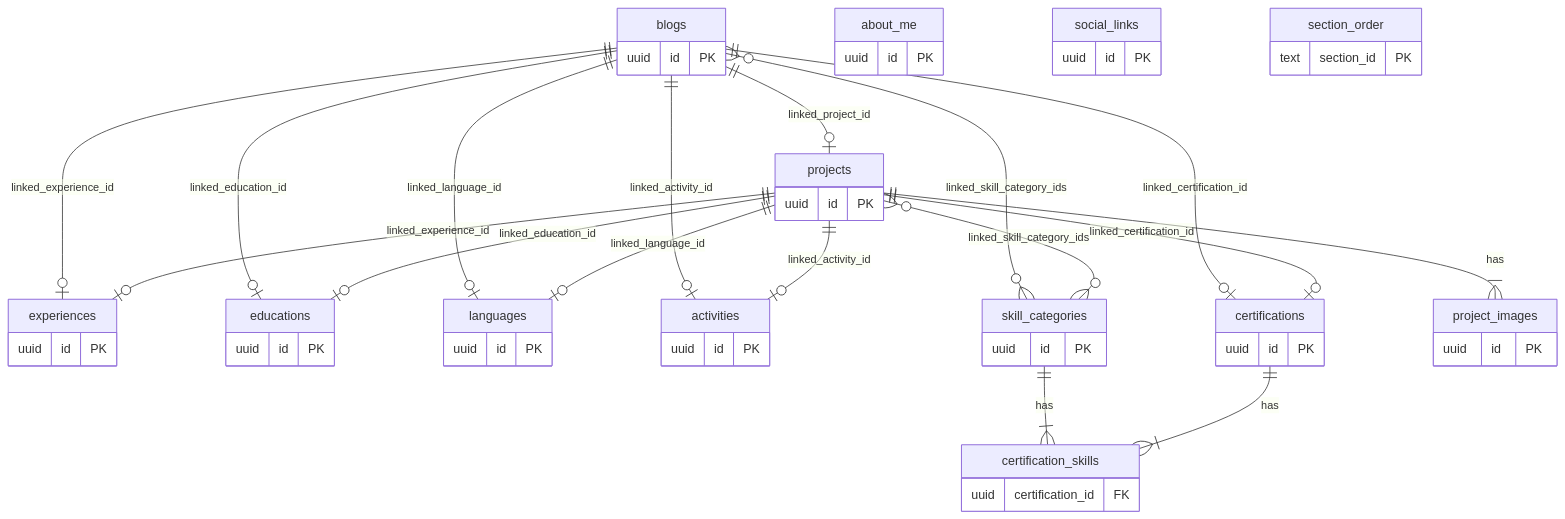
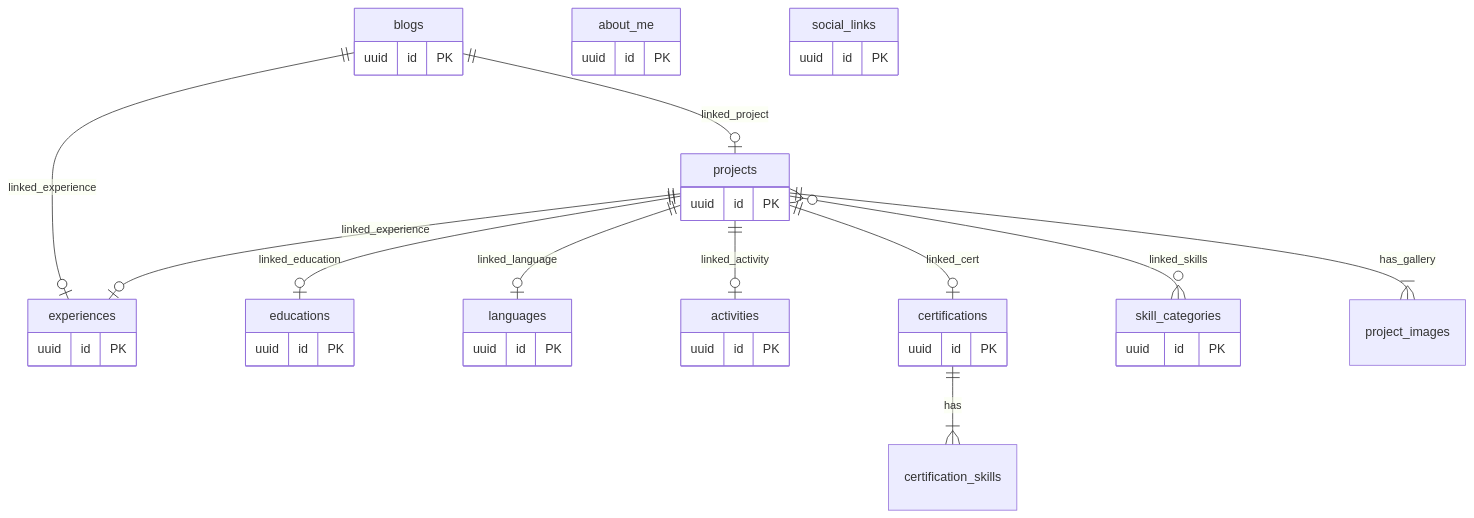
The diagram in README.md (batuhd/batuhdede.me), drawn with Mermaid before and after one commit. The commit also changed other lines of this file and 11 other files, not shown here.

````diff
--- a/README.md
+++ b/README.md
@@ -220,35 +90,26 @@
 ```mermaid
 erDiagram
-    projects ||--o| experiences : "linked_experience_id"
-    projects ||--o| educations : "linked_education_id"
-    projects ||--o| languages : "linked_language_id"
-    projects ||--o| activities : "linked_activity_id"
-    projects ||--o| certifications : "linked_certification_id"
-    projects }o--o{ skill_categories : "linked_skill_category_ids"
-    projects ||--|{ project_images : "has"
+    projects ||--o| experiences : "linked_experience"
+    projects ||--o| educations : "linked_education"
+    projects ||--o| languages : "linked_language"
+    projects ||--o| activities : "linked_activity"
+    projects ||--o| certifications : "linked_cert"
+    projects }o--o{ skill_categories : "linked_skills"
+    projects ||--|{ project_images : "has_gallery"
 
-    blogs ||--o| projects : "linked_project_id"
-    blogs ||--o| experiences : "linked_experience_id"
-    blogs ||--o| educations : "linked_education_id"
-    blogs ||--o| languages : "linked_language_id"
-    blogs ||--o| activities : "linked_activity_id"
-    blogs ||--o| certifications : "linked_certification_id"
-    blogs }o--o{ skill_categories : "linked_skill_category_ids"
-
+    blogs ||--o| projects : "linked_project"
+    blogs ||--o| experiences : "linked_experience"
+    
     certifications ||--|{ certification_skills : "has"
-    skill_categories ||--|{ certification_skills : "has"
 
     projects { uuid id PK }
     blogs { uuid id PK }
     experiences { uuid id PK }
     educations { uuid id PK }
     skill_categories { uuid id PK }
     languages { uuid id PK }
     activities { uuid id PK }
     certifications { uuid id PK }
-    project_images { uuid id PK }
-    certification_skills { uuid certification_id FK }
     about_me { uuid id PK }
     social_links { uuid id PK }
-    section_order { text section_id PK }
 ```
````
